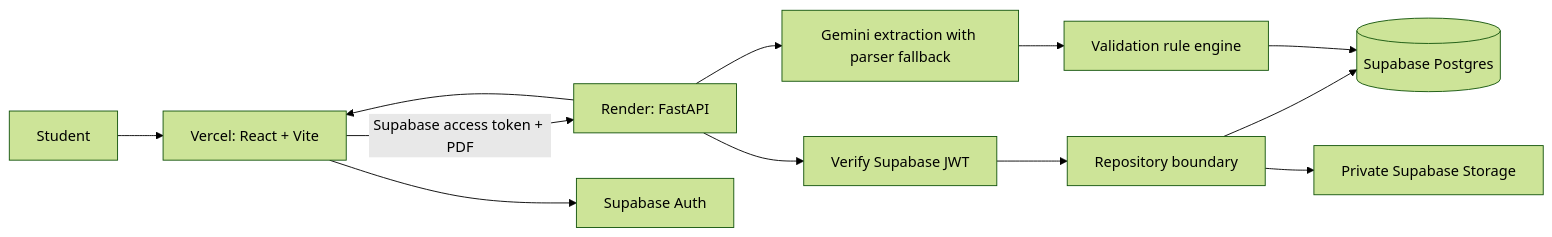
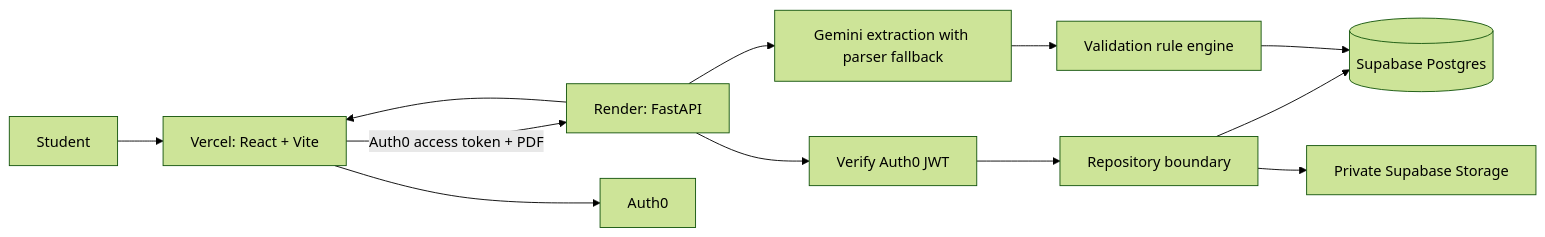
The diagram in README.md (ManavTri/TheVibeCoders-HackPSU-2026), drawn with Mermaid (forest theme) before and after one commit. The commit also changed other lines of this file and 17 other files, not shown here.

Commit message:
Add Auth0 authentication with Supabase fallback

````diff
--- a/README.md
+++ b/README.md
@@ -9,14 +9,14 @@
 ```mermaid
 flowchart LR
   Student --> Web[Vercel: React + Vite]
-  Web -->|Supabase access token + PDF| API[Render: FastAPI]
-  Web --> Auth[Supabase Auth]
-  API --> Verify[Verify Supabase JWT]
+  Web -->|Auth0 access token + PDF| API[Render: FastAPI]
+  Web --> Auth[Auth0]
+  API --> Verify[Verify Auth0 JWT]
   Verify --> Repo[Repository boundary]
   Repo --> DB[(Supabase Postgres)]
   Repo --> Storage[Private Supabase Storage]
   API --> Extract[Gemini extraction with parser fallback]
   Extract --> Rules[Validation rule engine]
   Rules --> DB
   API --> Web
 ```
````
